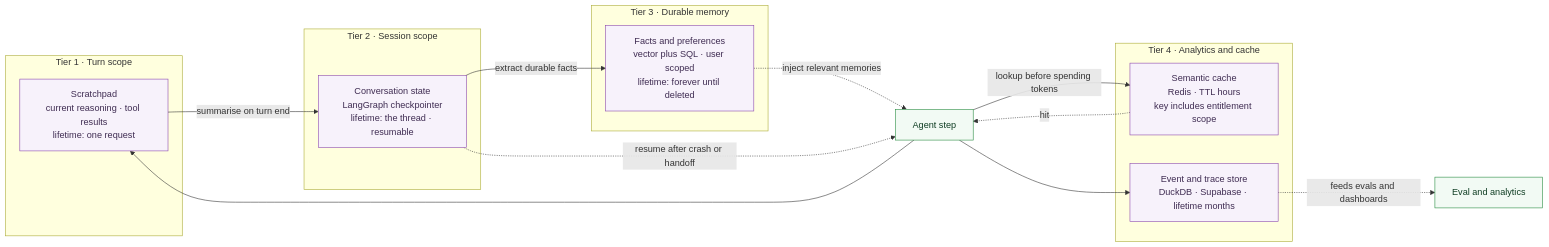
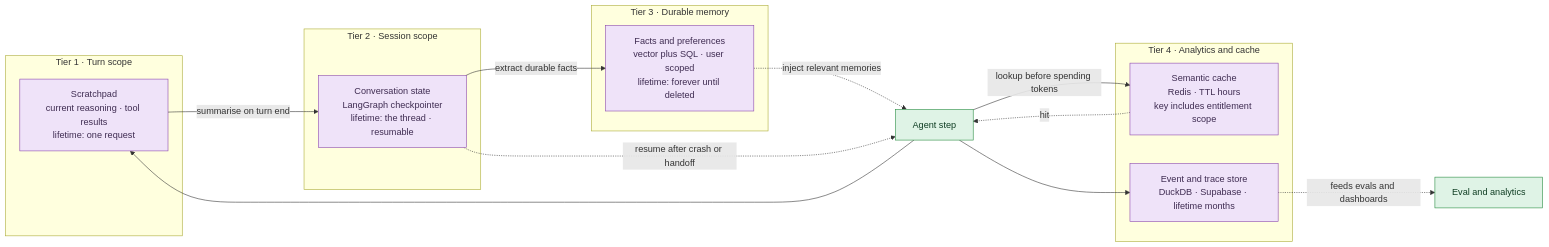
The ninth of 18 diagrams in MANUAL.md (mlvpatel/open-weight-agent-stack), drawn with Mermaid before and after one commit. The commit also changed other lines of this file and 36 other files, not shown here.

First line of the commit message:
feat: render diagrams on Pages, richer palette

````diff
--- a/MANUAL.md
+++ b/MANUAL.md
@@ -797,31 +797,31 @@
 ```mermaid
 flowchart LR
     subgraph T1["Tier 1 · Turn scope"]
         M1["Scratchpad<br/>current reasoning · tool results<br/>lifetime: one request"]
     end
     subgraph T2["Tier 2 · Session scope"]
         M2["Conversation state<br/>LangGraph checkpointer<br/>lifetime: the thread · resumable"]
     end
     subgraph T3["Tier 3 · Durable memory"]
         M3["Facts and preferences<br/>vector plus SQL · user scoped<br/>lifetime: forever until deleted"]
     end
     subgraph T4["Tier 4 · Analytics and cache"]
         M4["Semantic cache<br/>Redis · TTL hours<br/>key includes entitlement scope"]
         M5["Event and trace store<br/>DuckDB · Supabase · lifetime months"]
     end
 
     AG["Agent step"] --> M1
     M1 -->|summarise on turn end| M2
     M2 -->|extract durable facts| M3
     M3 -.->|inject relevant memories| AG
     M2 -.->|resume after crash or handoff| AG
     AG -->|lookup before spending tokens| M4
     M4 -.->|hit| AG
     AG --> M5
     M5 -.->|feeds evals and dashboards| EVAL["Eval and analytics"]
 
-    classDef mem fill:#f7f2fb,stroke:#8944ab,color:#3f2c52
-    classDef agent fill:#f2faf4,stroke:#248a3d,color:#0f3d23
+    classDef mem fill:#efe3f9,stroke:#8944ab,color:#3f2c52
+    classDef agent fill:#dff3e6,stroke:#248a3d,color:#0f3d23
     class M1,M2,M3,M4,M5 mem
     class AG,EVAL agent
 ```
````
